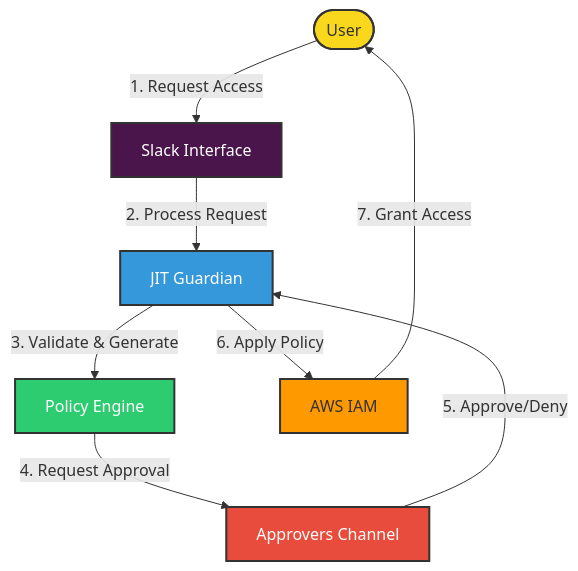
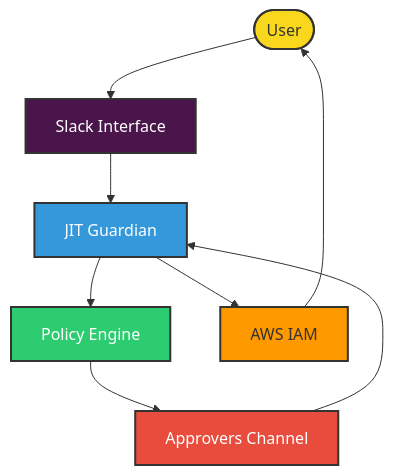
Before and after one commit to kubiyabot/terraform-modules: the first of 5 diagrams in jit-permissions-guardians/terraform/README.md, drawn with Mermaid.

````diff
--- a/jit-permissions-guardians/terraform/README.md
+++ b/jit-permissions-guardians/terraform/README.md
@@ -13,31 +13,31 @@
 ```mermaid
 flowchart TD
     User([User])
     Slack[Slack Interface]
     Guardian[JIT Guardian]
     Policy[Policy Engine]
     Approvers[Approvers Channel]
     AWS[AWS IAM]
 
-    User -->|1. Request Access| Slack
-    Slack -->|2. Process Request| Guardian
-    Guardian -->|3. Validate & Generate| Policy
-    Policy -->|4. Request Approval| Approvers
-    Approvers -->|5. Approve/Deny| Guardian
-    Guardian -->|6. Apply Policy| AWS
-    AWS -->|7. Grant Access| User
+    User --> Slack
+    Slack --> Guardian
+    Guardian --> Policy
+    Policy --> Approvers
+    Approvers --> Guardian
+    Guardian --> AWS
+    AWS --> User
 
     classDef user fill:#f9d71c,stroke:#333,stroke-width:2px
     classDef slack fill:#4A154B,stroke:#333,stroke-width:2px,color:white
     classDef guardian fill:#3498db,stroke:#333,stroke-width:2px,color:white
     classDef policy fill:#2ecc71,stroke:#333,stroke-width:2px,color:white
     classDef approvers fill:#e74c3c,stroke:#333,stroke-width:2px,color:white
     classDef aws fill:#FF9900,stroke:#333,stroke-width:2px
 
     class User user
     class Slack slack
     class Guardian guardian
     class Policy policy
     class Approvers approvers
     class AWS aws
 ```
````
